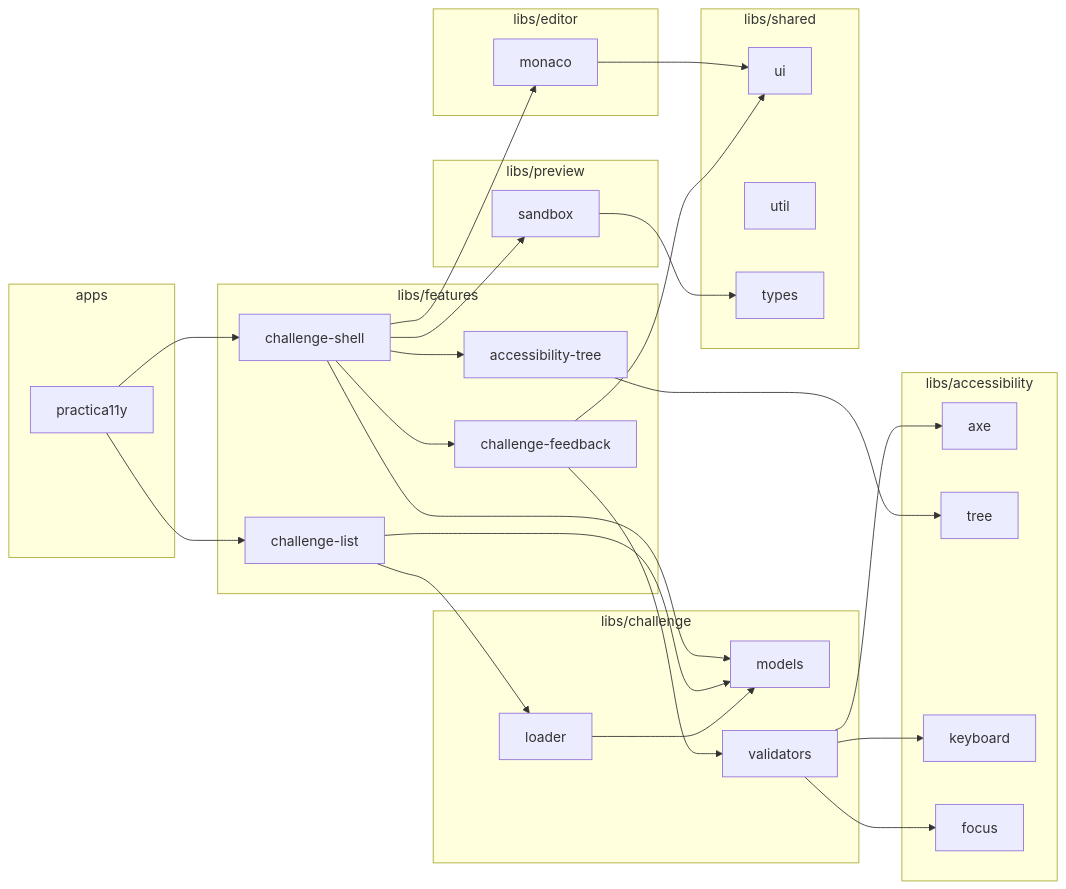
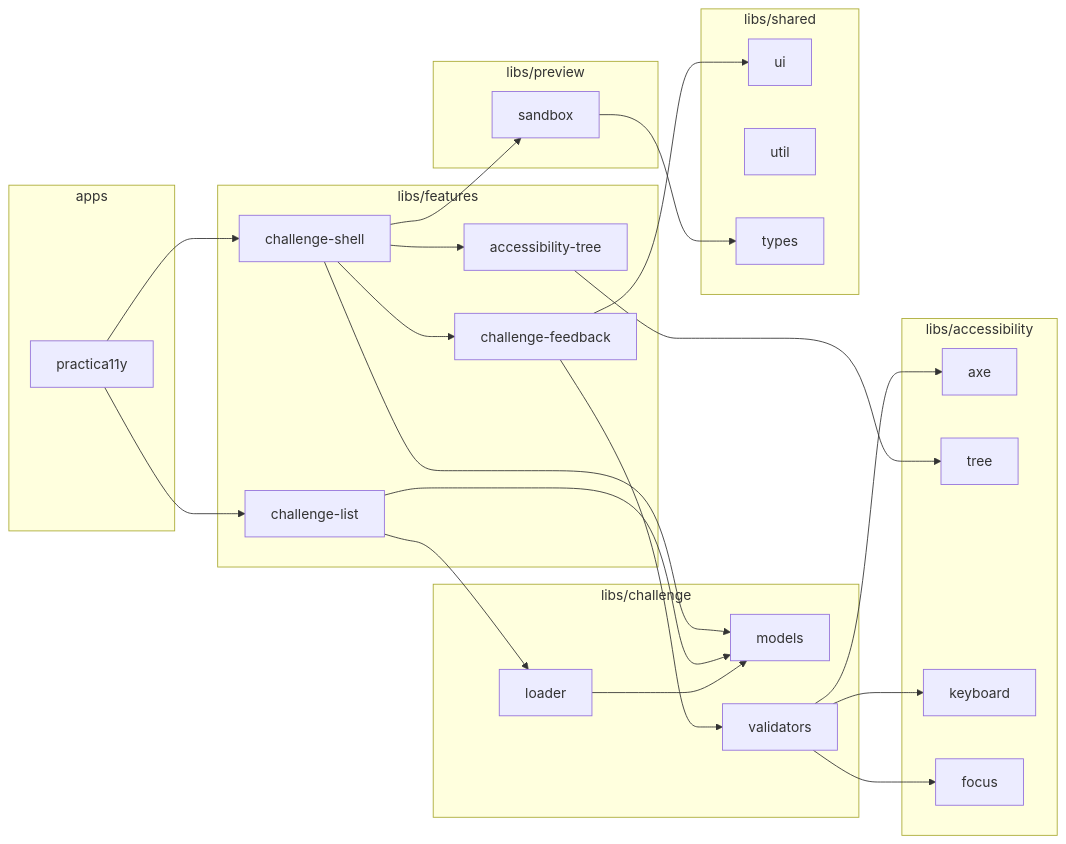
One commit to d-koppenhagen/practica11y changed the second of 2 diagrams in docs/architecture.md. Above: the diagram before and after it, drawn with Mermaid. The commit also changed other lines of this file and 29 other files, not shown here.

First line of the commit message:
refactor(editor): remove internal monaco wrapper, use @ng-catbee/monaco-editor

````diff
--- a/docs/architecture.md
+++ b/docs/architecture.md
@@ -38,59 +38,53 @@
 ```mermaid
 graph LR
     subgraph apps
         APP[practica11y]
     end
 
     subgraph libs/features
         FS[challenge-shell]
         FL[challenge-list]
         FF[challenge-feedback]
         FAT[accessibility-tree]
     end
 
     subgraph libs/challenge
         CM[models]
         CL[loader]
         CV[validators]
-    end
-
-    subgraph libs/editor
-        EM[monaco]
     end
 
     subgraph libs/preview
         PS[sandbox]
     end
 
     subgraph libs/accessibility
         AX[axe]
         AT[tree]
         AK[keyboard]
         AF[focus]
     end
 
     subgraph libs/shared
         SU[ui]
         SUT[util]
         ST[types]
     end
 
     APP --> FS
     APP --> FL
-    FS --> EM
     FS --> PS
     FS --> FF
     FS --> FAT
     FS --> CM
     FL --> CM
     FL --> CL
     FF --> CV
     FAT --> AT
     CV --> AX
     CV --> AK
     CV --> AF
     PS --> ST
     CL --> CM
-    EM --> SU
     FF --> SU
 ```
````
